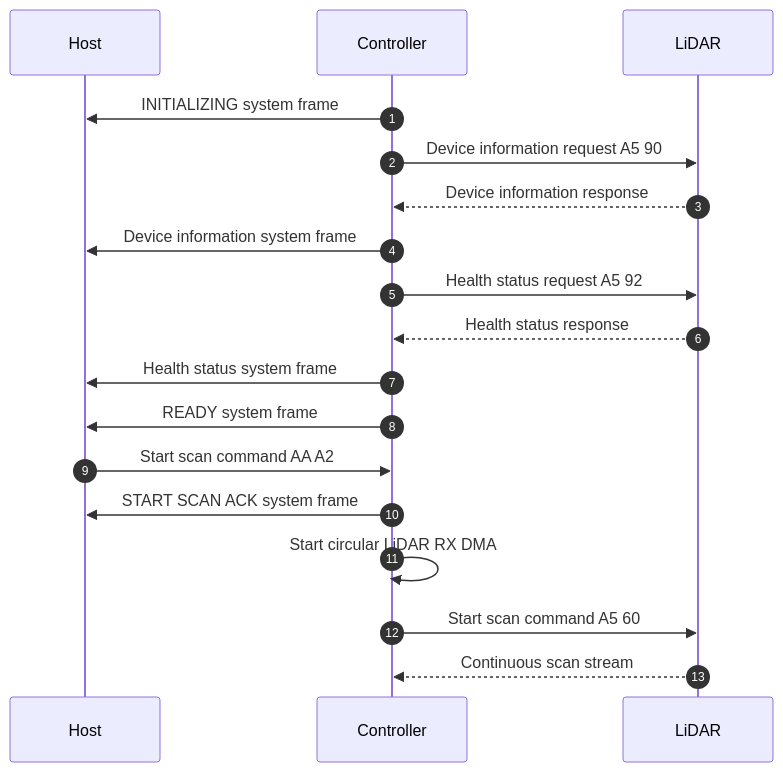
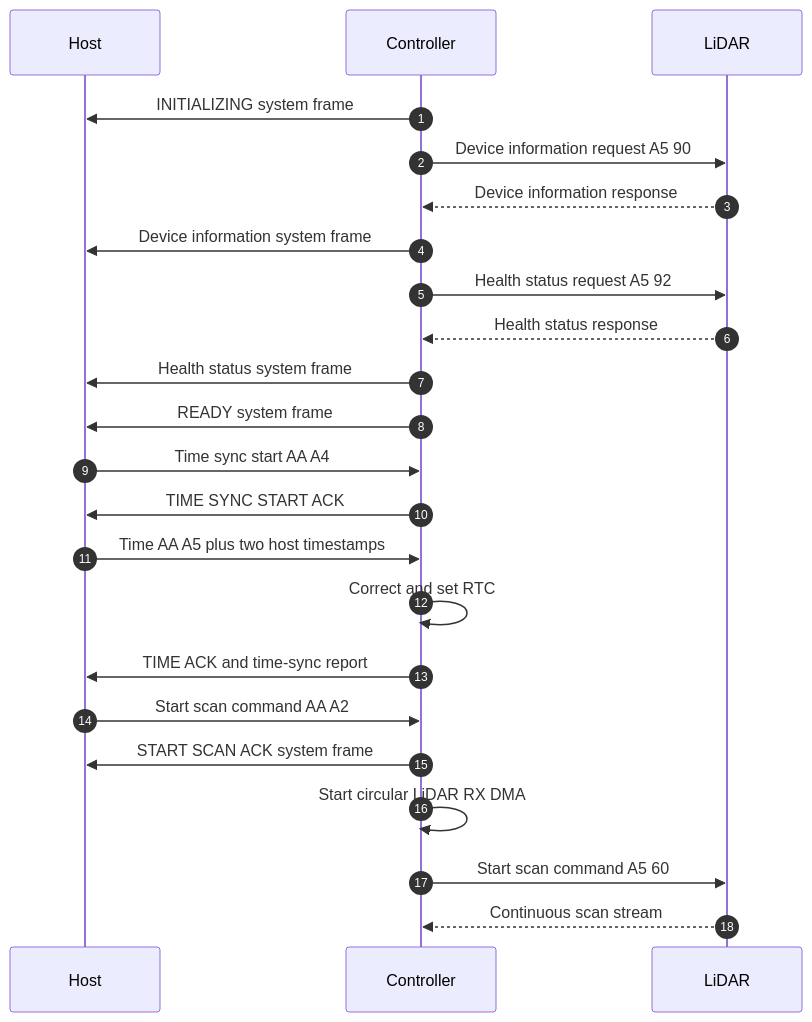
The first of 4 diagrams in docs/frame.md (kei185/sensor-echo), drawn with Mermaid before and after one commit. The commit also changed other lines of this file and 5 other files, not shown here.

Commit message:
[codex] feat: set RTC from NTP-style exchange

````diff
--- a/docs/frame.md
+++ b/docs/frame.md
@@ -6,21 +6,26 @@
 ```mermaid
 sequenceDiagram
     autonumber
     participant Host
     participant Controller
     participant LiDAR
 
     Controller->>Host: INITIALIZING system frame
     Controller->>LiDAR: Device information request A5 90
     LiDAR-->>Controller: Device information response
     Controller->>Host: Device information system frame
     Controller->>LiDAR: Health status request A5 92
     LiDAR-->>Controller: Health status response
     Controller->>Host: Health status system frame
     Controller->>Host: READY system frame
+    Host->>Controller: Time sync start AA A4
+    Controller->>Host: TIME SYNC START ACK
+    Host->>Controller: Time AA A5 plus two host timestamps
+    Controller->>Controller: Correct and set RTC
+    Controller->>Host: TIME ACK and time-sync report
     Host->>Controller: Start scan command AA A2
     Controller->>Host: START SCAN ACK system frame
     Controller->>Controller: Start circular LiDAR RX DMA
     Controller->>LiDAR: Start scan command A5 60
     LiDAR-->>Controller: Continuous scan stream
 ```
````
